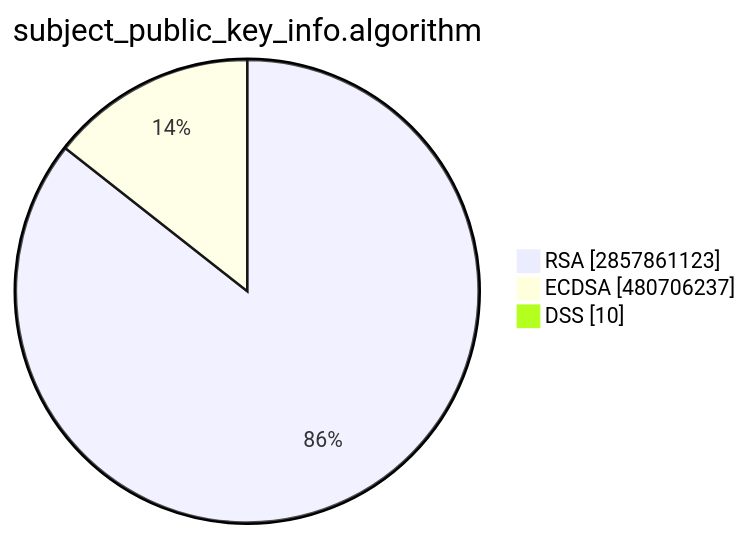
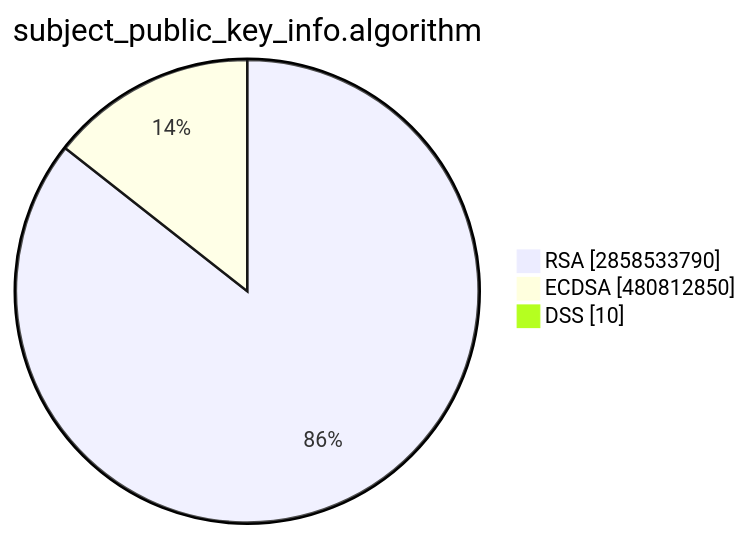
Before and after one commit to christiankrug/ctmonitor_visualization: the second of 15 diagrams in TOTAL/README.md, drawn with Mermaid. The commit also changed other lines of this file, not shown here.

````diff
--- a/TOTAL/README.md
+++ b/TOTAL/README.md
@@ -6,7 +6,7 @@
 ```mermaid
 pie showData
 title subject_public_key_info.algorithm
-"RSA" :2857861123
-"ECDSA" :480706237
+"RSA" :2858533790
+"ECDSA" :480812850
 "DSS" :10
 ```
````
